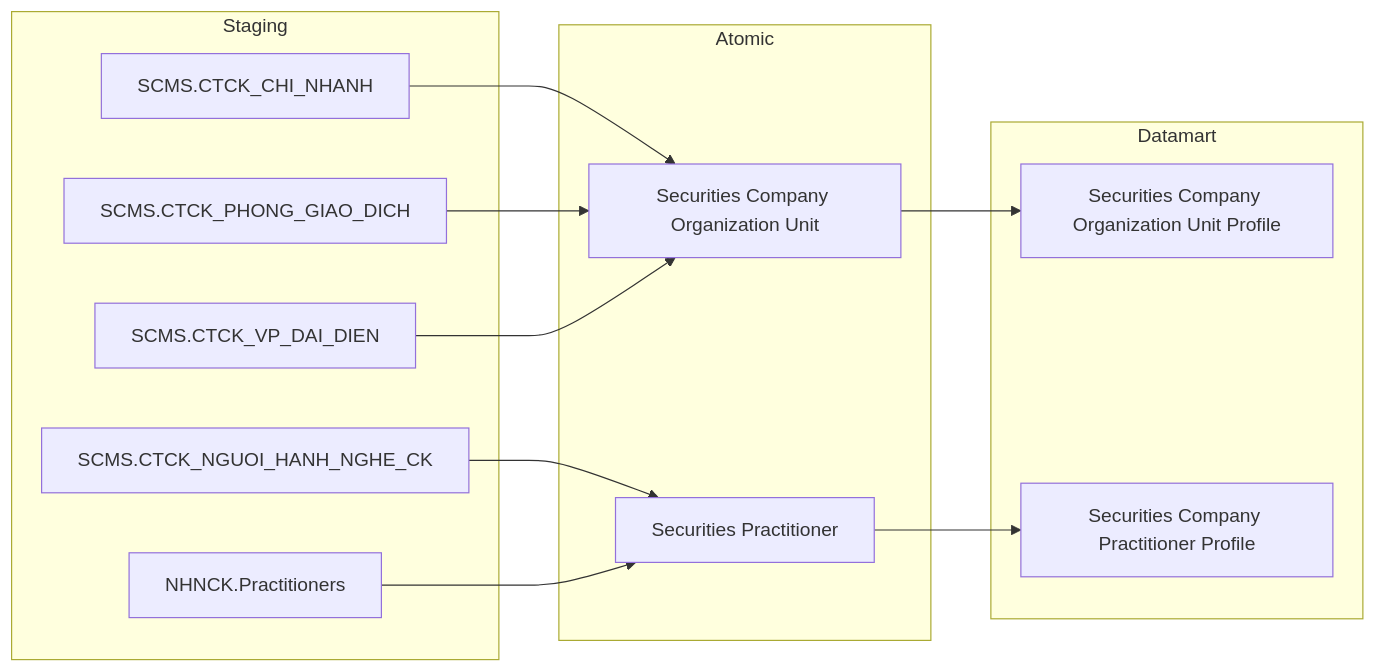
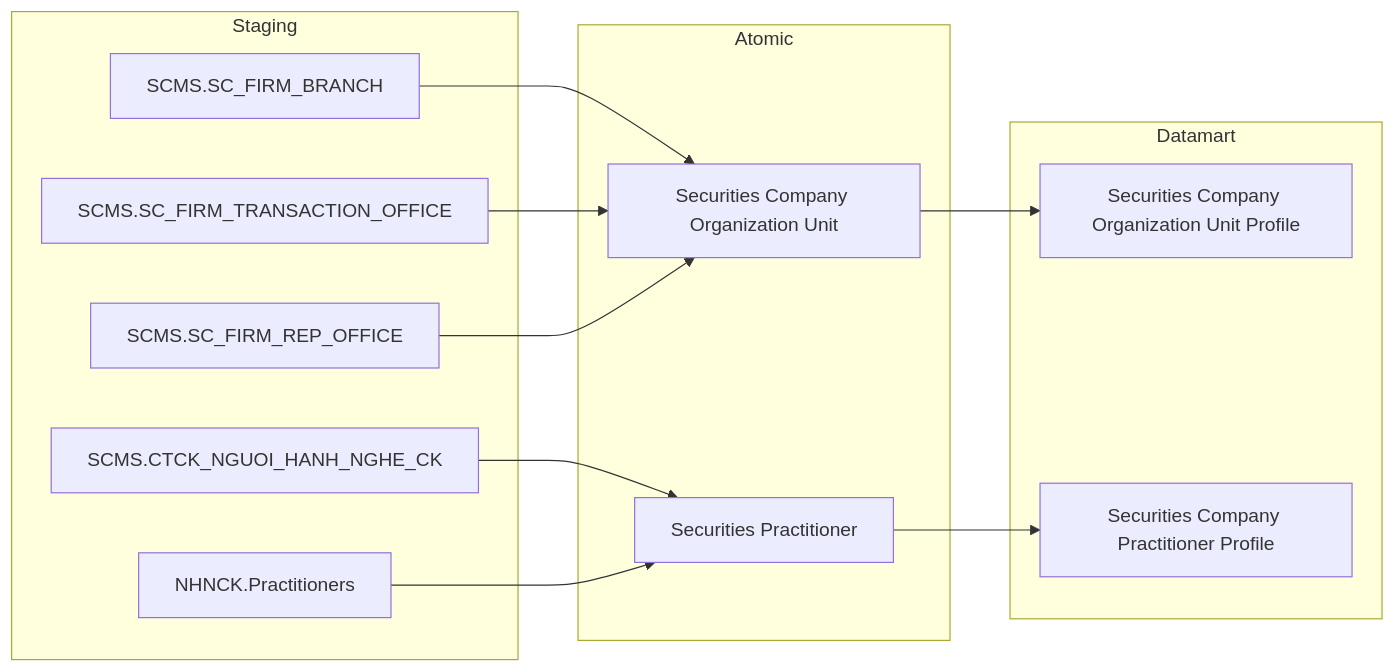
Before and after one commit to linhlvit/ubck_atomic_design: diagram 12 of 30 in Datamart/hld/DTM_QLKD_HLD.md, drawn with Mermaid. The commit also changed other lines of this file and 35 other files, not shown here.

````diff
--- a/Datamart/hld/DTM_QLKD_HLD.md
+++ b/Datamart/hld/DTM_QLKD_HLD.md
@@ -418,29 +471,29 @@
 ```mermaid
 flowchart LR
     subgraph SRC["Staging"]
-        S1["SCMS.CTCK_CHI_NHANH"]
-        S2["SCMS.CTCK_PHONG_GIAO_DICH"]
-        S3["SCMS.CTCK_VP_DAI_DIEN"]
+        S1["SCMS.SC_FIRM_BRANCH"]
+        S2["SCMS.SC_FIRM_TRANSACTION_OFFICE"]
+        S3["SCMS.SC_FIRM_REP_OFFICE"]
         S4["SCMS.CTCK_NGUOI_HANH_NGHE_CK"]
         S5["NHNCK.Practitioners"]
     end
 
     subgraph SIL["Atomic"]
         SV1["Securities Company Organization Unit"]
         SV2["Securities Practitioner"]
     end
 
     subgraph Datamart["Datamart"]
         G1["Securities Company Organization Unit Profile"]
         G2["Securities Company Practitioner Profile"]
     end
 
     S1 --> SV1
     S2 --> SV1
     S3 --> SV1
     S4 --> SV2
     S5 --> SV2
 
     SV1 --> G1
     SV2 --> G2
 ```
````
